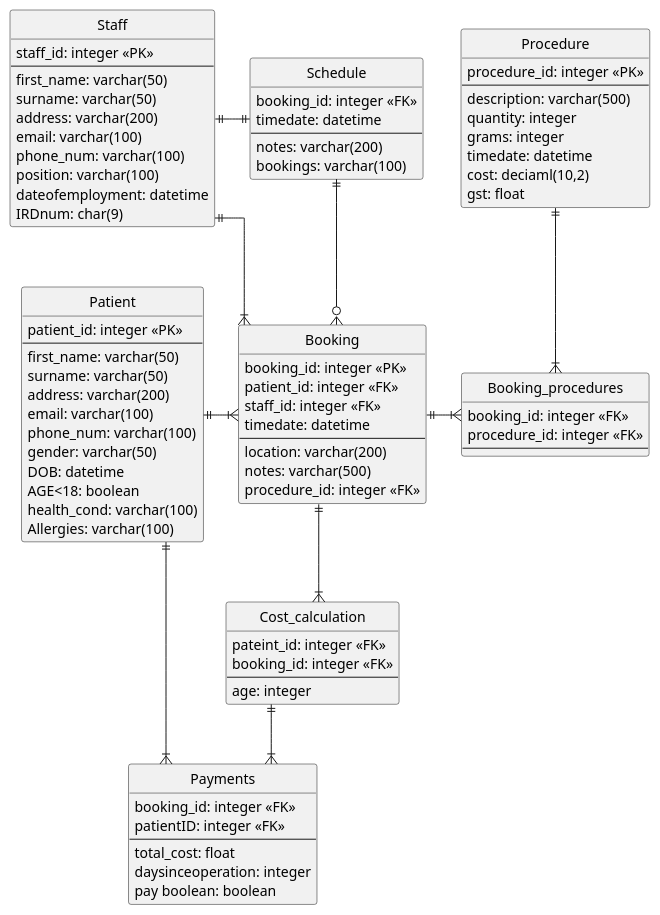
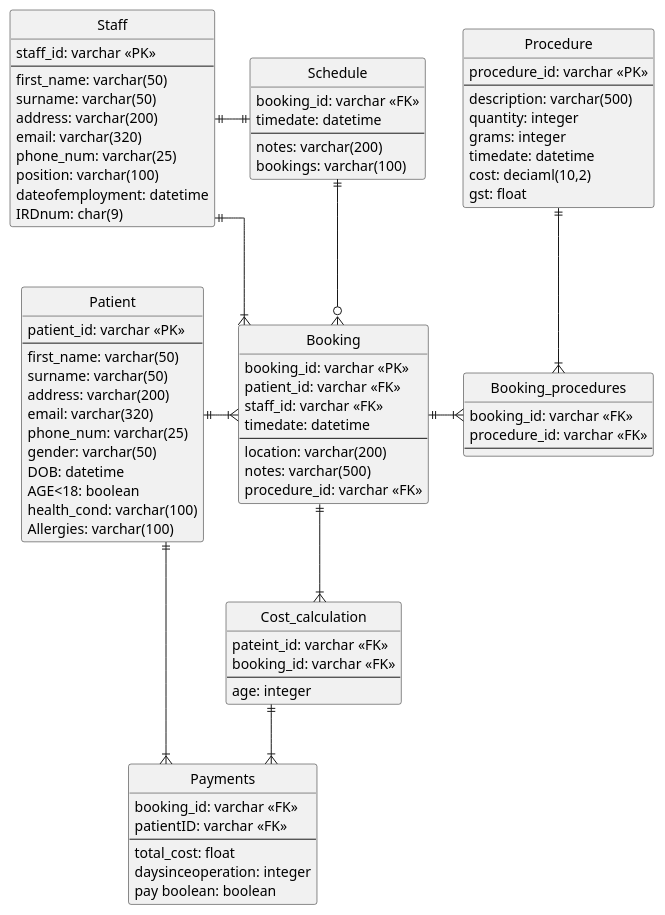
One commit to yosyu218/COSC344 changed the diagram in ERD.puml. Above: the diagram before and after it, drawn with PlantUML.

Commit message:
minor changes to domain attributes

```diff
--- a/ERD.puml
+++ b/ERD.puml
@@ -1,97 +1,97 @@
 @startuml
 skinparam Style StrictUML
 skinparam Linetype ortho 
 
 
 
 entity "Patient" as patient {
-    patient_id: integer <<PK>>
+    patient_id: varchar <<PK>>
     --
     first_name: varchar(50)
     surname: varchar(50)
     address: varchar(200)
-    email: varchar(100)
-    phone_num: varchar(100)
+    email: varchar(320)
+    phone_num: varchar(25)
     gender: varchar(50)
     DOB: datetime
     AGE<18: boolean
     health_cond: varchar(100)
     Allergies: varchar(100)
 }
 
 entity "Staff" as staff {
-    staff_id: integer <<PK>>
+    staff_id: varchar <<PK>>
     --
     first_name: varchar(50)
     surname: varchar(50)
     address: varchar(200) 
-    email: varchar(100)
-    phone_num: varchar(100)
+    email: varchar(320)
+    phone_num: varchar(25)
     position: varchar(100)
     dateofemployment: datetime
     IRDnum: char(9)
     ' IRDnum is either 8 or 9 digits however, if its 8 an 0 is added at the front making it a 9 digit number
 }
 
 entity "Booking" as booking {
-    booking_id: integer <<PK>>
-    patient_id: integer <<FK>>
-    staff_id: integer <<FK>>
+    booking_id: varchar <<PK>>
+    patient_id: varchar <<FK>>
+    staff_id: varchar <<FK>>
     timedate: datetime
     --
     location: varchar(200)
     notes: varchar(500)
-    procedure_id: integer <<FK>>
+    procedure_id: varchar <<FK>>
 }
 
 entity "Procedure" as procedure {
-    procedure_id: integer <<PK>>
+    procedure_id: varchar <<PK>>
     --
     description: varchar(500)
     quantity: integer
     grams: integer
     timedate: datetime
     ' timedate to roughly know how long each procedure takes
     cost: deciaml(10,2)
     gst: float
 }
 
 entity "Booking_procedures" as booking_procedures{
-    booking_id: integer <<FK>>
-    procedure_id: integer <<FK>>
+    booking_id: varchar <<FK>>
+    procedure_id: varchar <<FK>>
     --
 }
 
 entity "Schedule" as schedule {
-    booking_id: integer <<FK>>
+    booking_id: varchar <<FK>>
     timedate: datetime
     --
     notes: varchar(200)
     bookings: varchar(100)
 }
 
 entity "Payments" as payments {
-    booking_id: integer <<FK>>
-    patientID: integer <<FK>>
+    booking_id: varchar <<FK>>
+    patientID: varchar <<FK>>
     --
     total_cost: float
     daysinceoperation: integer
     pay boolean: boolean
 }
 
 entity "Cost_calculation" as cost_calculation {
-    pateint_id: integer <<FK>>
-    booking_id: integer <<FK>>
+    pateint_id: varchar <<FK>>
+    booking_id: varchar <<FK>>
     --
     age: integer
 }
 patient ||-|{ booking
 staff ||--|{ booking
 booking ||-|{ booking_procedures
 procedure ||--|{ booking_procedures
 schedule ||-o{ booking
 staff ||-|| schedule
 booking ||--|{cost_calculation
 cost_calculation ||--|{ payments
 patient ||-|{ payments
 @enduml
```
